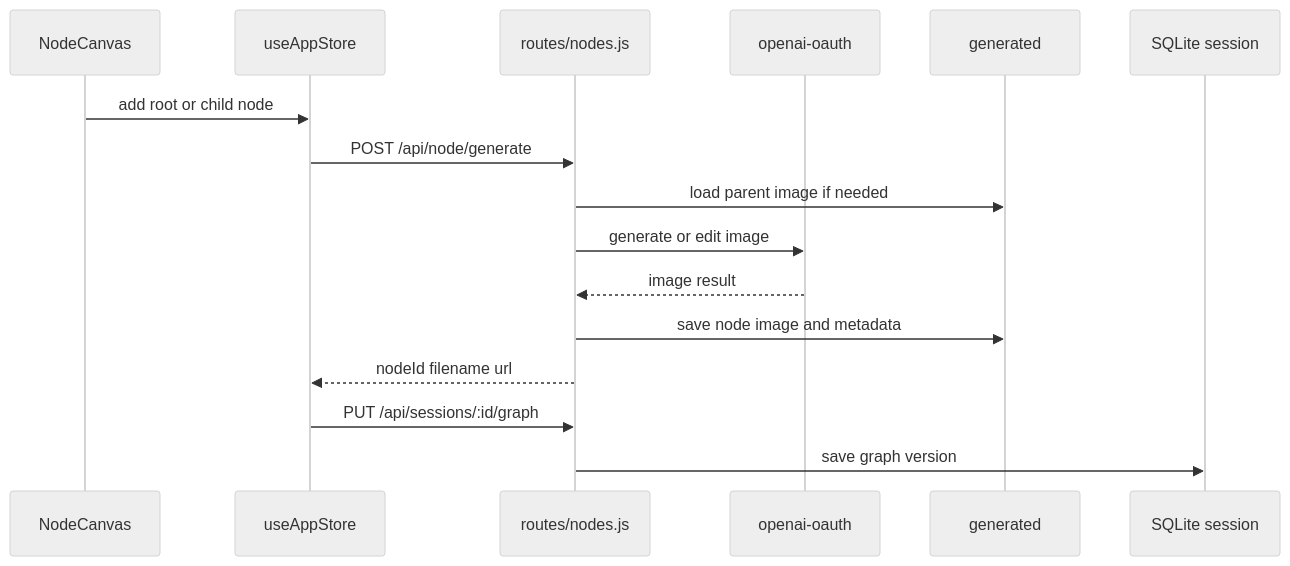
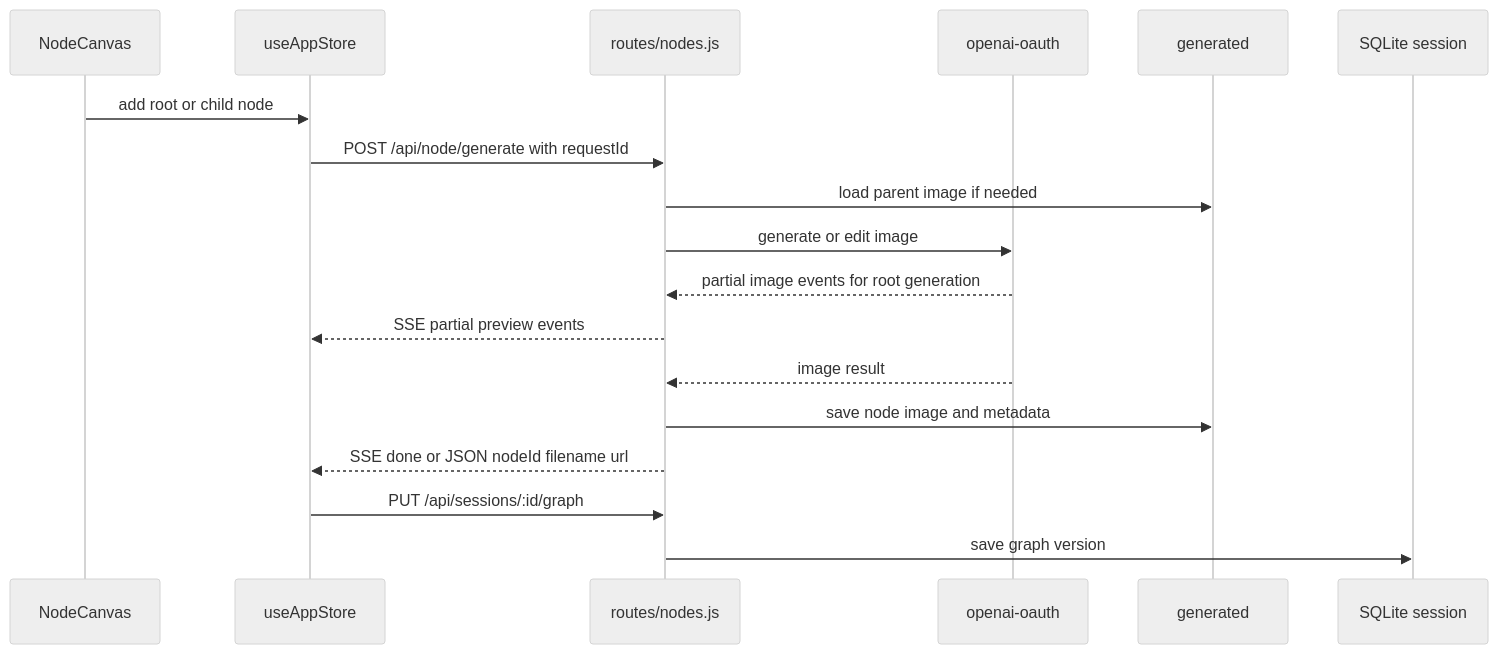
One commit to ChatPoongKun/ima2-gen changed the diagram in structure/05-node-mode.md. Above: the diagram before and after it, drawn with Mermaid (neutral theme). The commit also changed other lines of this file and 14 other files, not shown here.

Commit message:
feat: stream partial node images

````diff
--- a/structure/05-node-mode.md
+++ b/structure/05-node-mode.md
@@ -19,19 +19,21 @@
 ```mermaid
 sequenceDiagram
     participant UI as NodeCanvas
     participant Store as useAppStore
     participant API as routes/nodes.js
     participant OAuth as openai-oauth
     participant Files as generated
     participant DB as SQLite session
 
     UI->>Store: add root or child node
-    Store->>API: POST /api/node/generate
+    Store->>API: POST /api/node/generate with requestId
     API->>Files: load parent image if needed
     API->>OAuth: generate or edit image
+    OAuth-->>API: partial image events for root generation
+    API-->>Store: SSE partial preview events
     OAuth-->>API: image result
     API->>Files: save node image and metadata
-    API-->>Store: nodeId filename url
+    API-->>Store: SSE done or JSON nodeId filename url
     Store->>API: PUT /api/sessions/:id/graph
     API->>DB: save graph version
 ```
````
